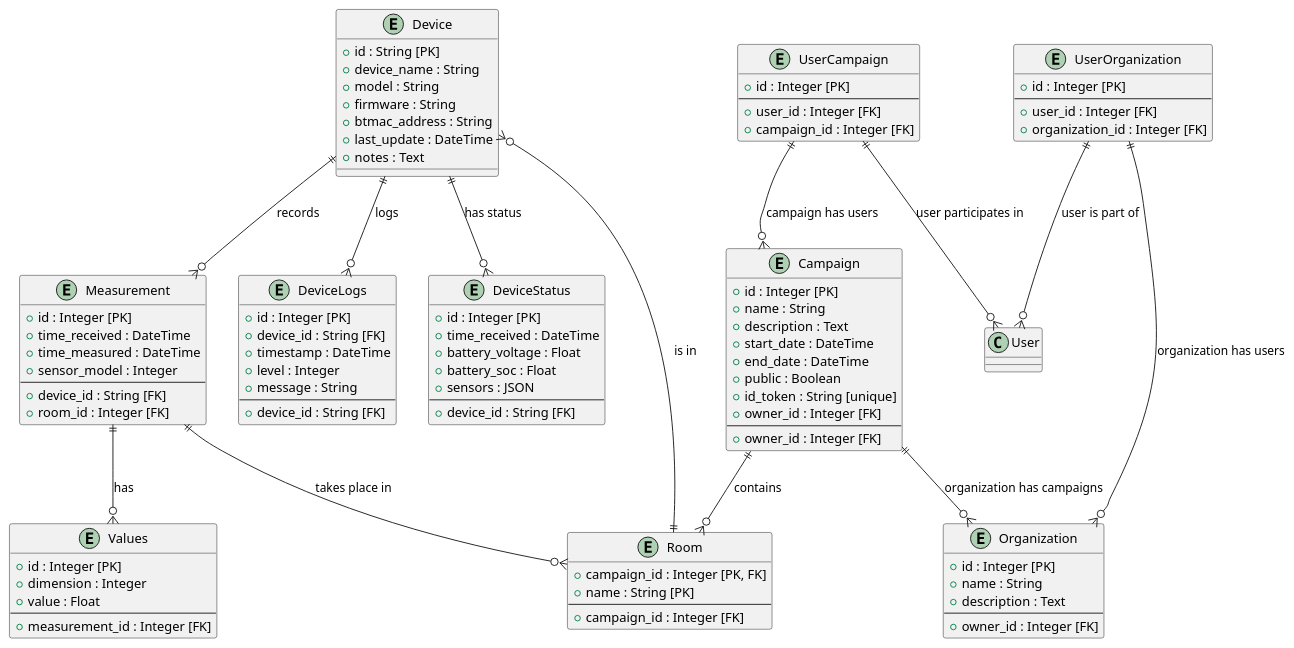
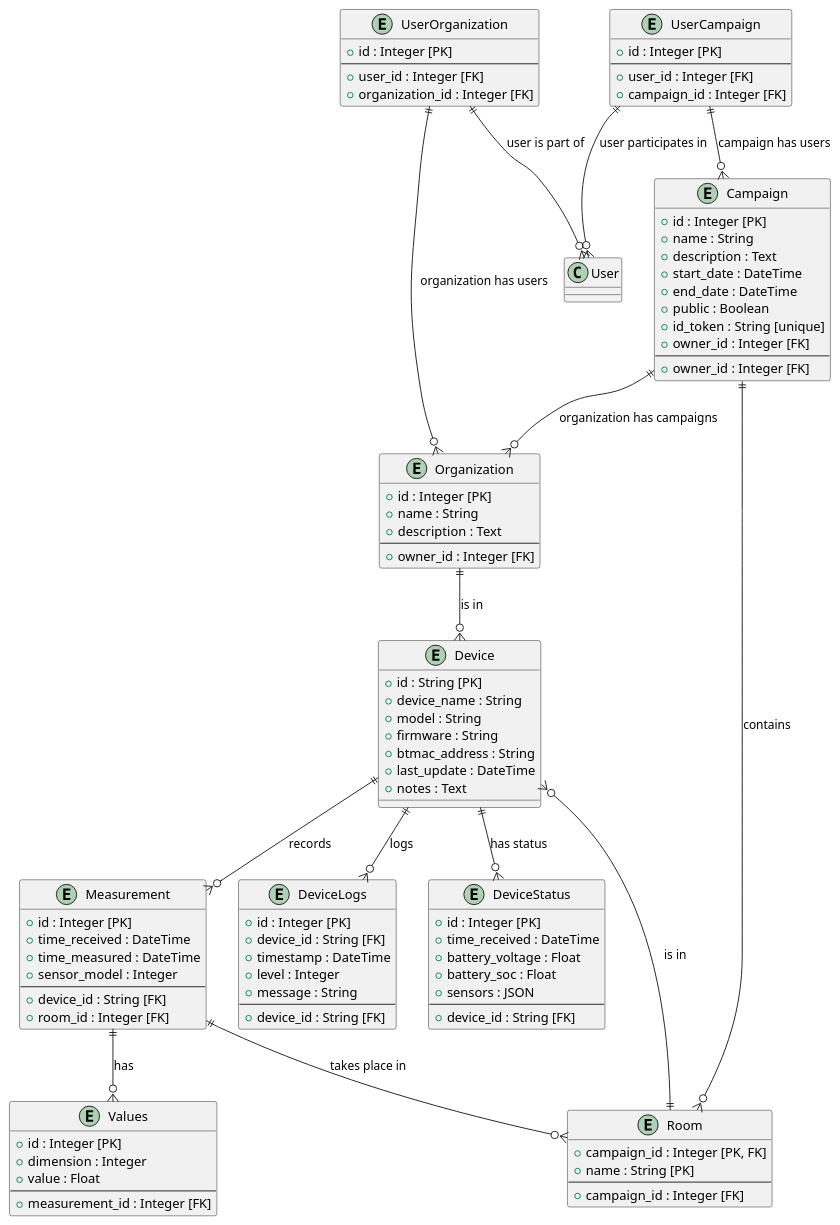
Before and after one commit to luftdaten-at/datahub: the diagram in datahub_er_model.puml, drawn with PlantUML.

Commit message:
changed er model

```diff
--- a/datahub_er_model.puml
+++ b/datahub_er_model.puml
@@ -1,104 +1,105 @@
 @startuml
 entity "Device" as Device {
     + id : String [PK]
     + device_name : String
     + model : String
     + firmware : String
     + btmac_address : String
     + last_update : DateTime
     + notes : Text
 }
 
 entity "Measurement" as Measurement {
     + id : Integer [PK]
     + time_received : DateTime
     + time_measured : DateTime
     + sensor_model : Integer
     --
     + device_id : String [FK]
     + room_id : Integer [FK]
 }
 
 entity "Values" as Values {
     + id : Integer [PK]
     + dimension : Integer
     + value : Float
     --
     + measurement_id : Integer [FK]
 }
 
 entity "DeviceLogs" as DeviceLogs {
     + id : Integer [PK]
     + device_id : String [FK]
     + timestamp : DateTime
     + level : Integer
     + message : String
     --
     + device_id : String [FK]
 }
 
 entity "Room" as Room {
     + campaign_id : Integer [PK, FK]
     + name : String [PK]
     --
     + campaign_id : Integer [FK]
 }
 
 entity "Campaign" as Campaign {
     + id : Integer [PK]
     + name : String
     + description : Text
     + start_date : DateTime
     + end_date : DateTime
     + public : Boolean
     + id_token : String [unique]
     + owner_id : Integer [FK]
     --
     + owner_id : Integer [FK]
 }
 
 entity "DeviceStatus" as DeviceStatus {
     + id : Integer [PK]
     + time_received : DateTime
     + battery_voltage : Float
     + battery_soc : Float
     + sensors : JSON
     --
     + device_id : String [FK]
 }
 
 entity "Organization" as Organization {
     + id : Integer [PK]
     + name : String
     + description : Text
     --
     + owner_id : Integer [FK]
 }
 
 entity "UserOrganization" as UserOrganization {
     + id : Integer [PK]
     --
     + user_id : Integer [FK]
     + organization_id : Integer [FK]
 }
 
 entity "UserCampaign" as UserCampaign {
     + id : Integer [PK]
     --
     + user_id : Integer [FK]
     + campaign_id : Integer [FK]
 }
 
 Device ||--o{ Measurement : "records"
 Room ||--o{ Device : "is in"
+Organization ||--o{ Device : "is in"
 Measurement ||--o{ Values : "has"
 Device ||--o{ DeviceLogs : "logs"
 Device ||--o{ DeviceStatus : "has status"
 Measurement ||--o{ Room : "takes place in"
 Campaign ||--o{ Room : "contains"
 UserOrganization ||--o{ User : "user is part of"
 UserOrganization ||--o{ Organization : "organization has users"
 UserCampaign ||--o{ User : "user participates in"
 UserCampaign ||--o{ Campaign : "campaign has users"
 Campaign ||--o{ Organization : "organization has campaigns"
 @enduml
```
